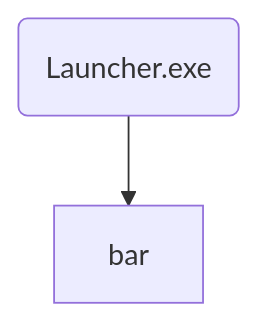
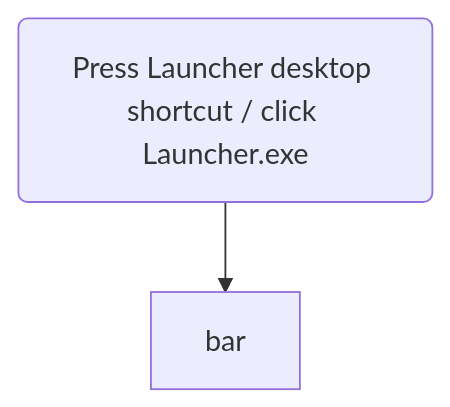
One commit to funjobie/OpenSwordArtsVR changed diagram 14 of 16 in sandbox/MerMaid_diagram_integration.md. Above: the diagram before and after it, drawn with Mermaid. The commit also changed other lines of this file, not shown here.

Commit message:
refine troubleshooting example

````diff
--- a/sandbox/MerMaid_diagram_integration.md
+++ b/sandbox/MerMaid_diagram_integration.md
@@ -195,4 +195,4 @@
 ```mermaid
 flowchart TD
-    foo(Launcher.exe) --> bar
+    foo(Press Launcher desktop shortcut / click Launcher.exe) --> bar
 ```
````
